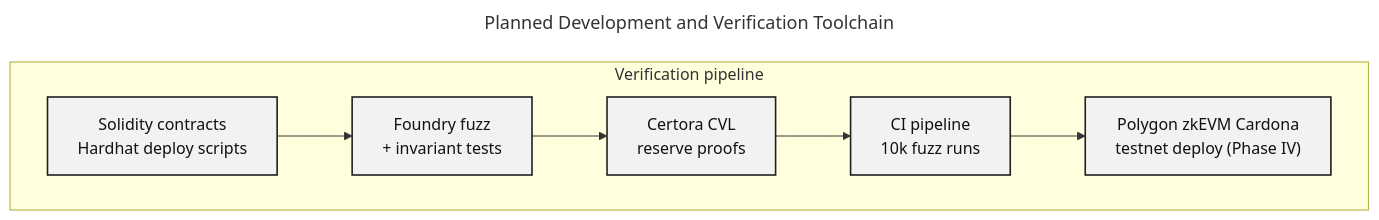
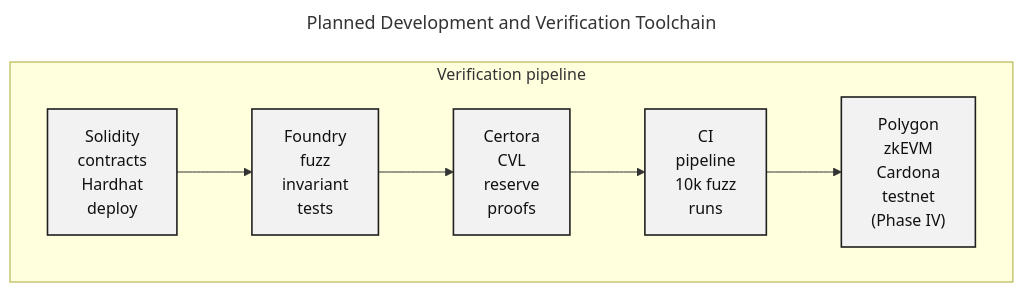
One commit to Yuvraajrahman/Cryto-World-Bank changed the diagram in Documentation/Diagrams/mermaid-src/improved diagrams/fig-dev-toolchain.mmd. Above: the diagram before and after it, drawn with Mermaid. The commit also changed 115 other files, not shown here.

Commit message:
updated and fixed diagrams

```diff
--- a/Documentation/Diagrams/mermaid-src/improved diagrams/fig-dev-toolchain.mmd
+++ b/Documentation/Diagrams/mermaid-src/improved diagrams/fig-dev-toolchain.mmd
@@ -1,15 +1,15 @@
 ---
 title: Planned Development and Verification Toolchain
 ---
 flowchart TB
     classDef step fill:#F2F2F2,stroke:#1F1F1F,stroke-width:1.6px,color:#111111
 
     subgraph PIPE[" Verification pipeline "]
         direction LR
-        S1["Solidity contracts<br/>Hardhat deploy scripts"]:::step
-        S2["Foundry fuzz<br/>+ invariant tests"]:::step
-        S3["Certora CVL<br/>reserve proofs"]:::step
-        S4["CI pipeline<br/>10k fuzz runs"]:::step
-        S5["Polygon zkEVM Cardona<br/>testnet deploy (Phase IV)"]:::step
+        S1["Solidity<br/>contracts<br/>Hardhat<br/>deploy"]:::step
+        S2["Foundry<br/>fuzz<br/>invariant<br/>tests"]:::step
+        S3["Certora<br/>CVL<br/>reserve<br/>proofs"]:::step
+        S4["CI<br/>pipeline<br/>10k fuzz<br/>runs"]:::step
+        S5["Polygon<br/>zkEVM<br/>Cardona<br/>testnet<br/>(Phase IV)"]:::step
         S1 --> S2 --> S3 --> S4 --> S5
     end
```
